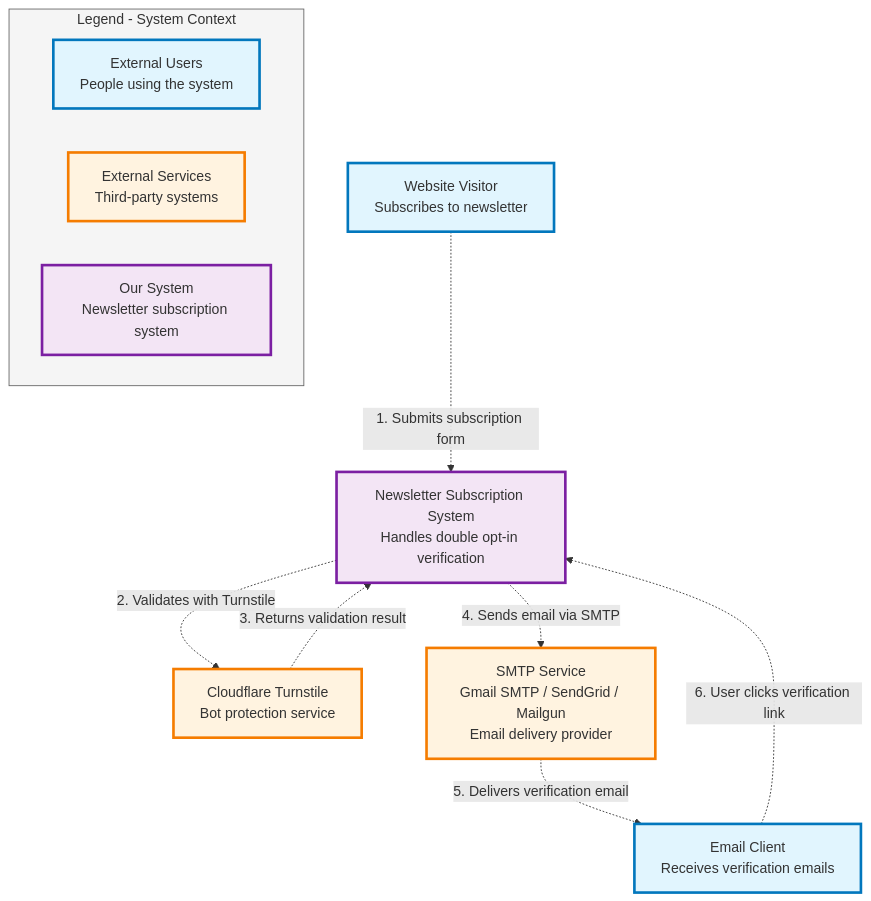
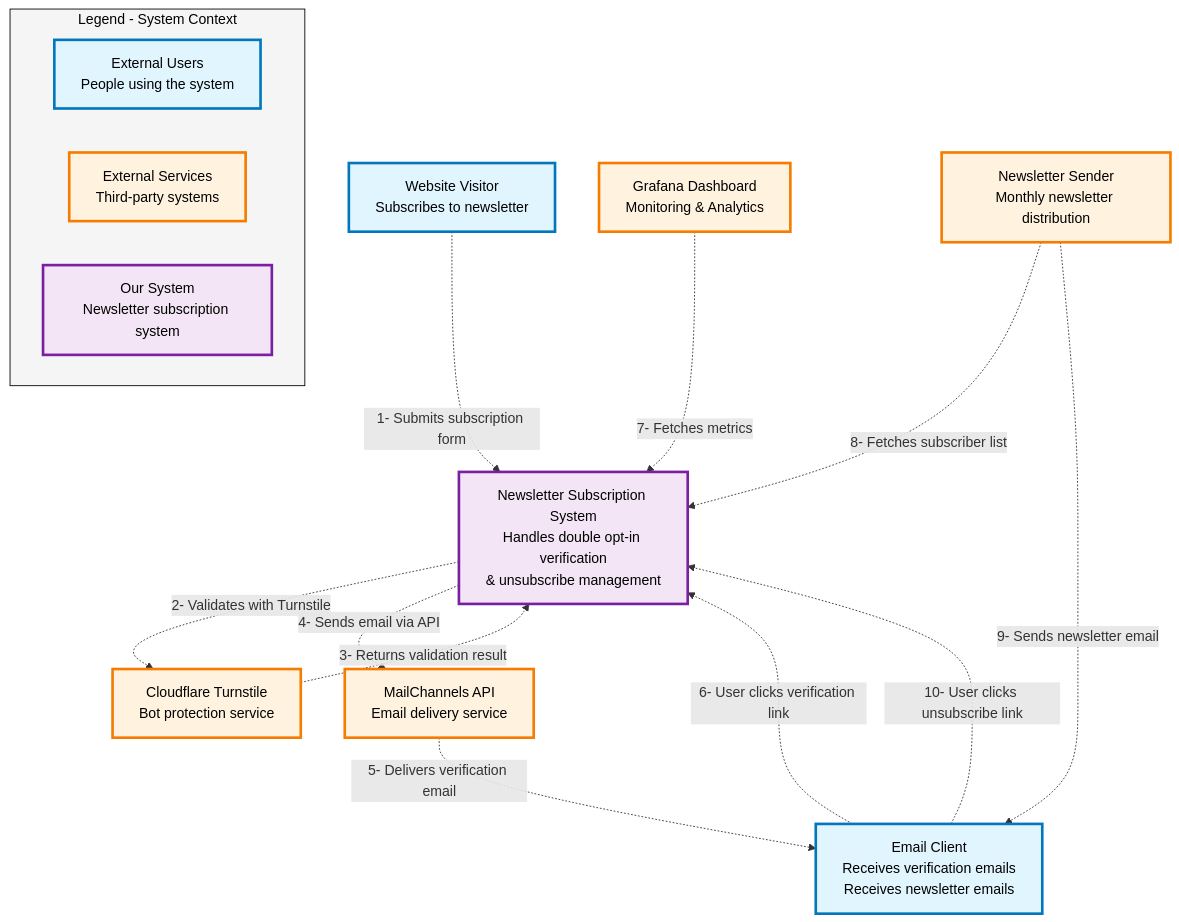
One commit to rnwolf/rnwolf-newsletter-backend-service changed the first of 4 diagrams in docs/newsletter_design_spec.md. Above: the diagram before and after it, drawn with Mermaid. The commit also changed other lines of this file and 4 other files, not shown here.

Commit message:
Update C4 diagrams

````diff
--- a/docs/newsletter_design_spec.md
+++ b/docs/newsletter_design_spec.md
@@ -33,40 +33,46 @@
 ```mermaid
 graph TB
     %% C4 Model - Level 1: System Context
     User["Website Visitor<br/>Subscribes to newsletter"]
-    EmailClient["Email Client<br/>Receives verification emails"]
+    EmailClient["Email Client<br/>Receives verification emails<br/>Receives newsletter emails"]
     CFTurnstile["Cloudflare Turnstile<br/>Bot protection service"]
-    SMTPService["SMTP Service<br/>Gmail SMTP / SendGrid / Mailgun<br/>Email delivery provider"]
-    NewsletterSystem["Newsletter Subscription System<br/>Handles double opt-in verification"]
+    MailChannels["MailChannels API<br/>Email delivery service"]
+    NewsletterSystem["Newsletter Subscription System<br/>Handles double opt-in verification<br/>& unsubscribe management"]
+    Grafana["Grafana Dashboard<br/>Monitoring & Analytics"]
+    NewsletterSender["Newsletter Sender<br/>Monthly newsletter distribution"]
 
     %% System Context relationships
-    User -.->|"1. Submits subscription form"| NewsletterSystem
-    NewsletterSystem -.->|"2. Validates with Turnstile"| CFTurnstile
-    CFTurnstile -.->|"3. Returns validation result"| NewsletterSystem
-    NewsletterSystem -.->|"4. Sends email via SMTP"| SMTPService
-    SMTPService -.->|"5. Delivers verification email"| EmailClient
-    EmailClient -.->|"6. User clicks verification link"| NewsletterSystem
+    User -.->|1- Submits subscription form| NewsletterSystem
+    NewsletterSystem -.->|2- Validates with Turnstile| CFTurnstile
+    CFTurnstile -.->|3- Returns validation result| NewsletterSystem
+    NewsletterSystem -.->|4- Sends email via API| MailChannels
+    MailChannels -.->|5- Delivers verification email| EmailClient
+    EmailClient -.->|6- User clicks verification link| NewsletterSystem
+    Grafana -.->|7- Fetches metrics| NewsletterSystem
+    NewsletterSender -.->|8- Fetches subscriber list| NewsletterSystem
+    NewsletterSender -.->|9- Sends newsletter email| EmailClient
+    EmailClient -.->|10- User clicks unsubscribe link| NewsletterSystem
 
     %% Legend
     subgraph Legend["Legend - System Context"]
         LegendUser["External Users<br/>People using the system"]
         LegendExternal["External Services<br/>Third-party systems"]
         LegendSystem["Our System<br/>Newsletter subscription system"]
     end
 
     %% Styling
-    classDef userFlow fill:#e1f5fe,stroke:#0277bd,stroke-width:3px
-    classDef externalFlow fill:#fff3e0,stroke:#f57c00,stroke-width:3px
-    classDef systemFlow fill:#f3e5f5,stroke:#7b1fa2,stroke-width:3px
-    classDef legendBox fill:#f5f5f5,stroke:#666,stroke-width:1px
+    classDef userFlow fill:#e1f5fe,stroke:#0277bd,stroke-width:3px,color:#000
+    classDef externalFlow fill:#fff3e0,stroke:#f57c00,stroke-width:3px,color:#000
+    classDef systemFlow fill:#f3e5f5,stroke:#7b1fa2,stroke-width:3px,color:#000
+    classDef legendBox fill:#f5f5f5,stroke:#000,stroke-width:1px,color:#000
 
     class User,EmailClient userFlow
-    class CFTurnstile,SMTPService externalFlow
+    class CFTurnstile,MailChannels,Grafana,NewsletterSender externalFlow
     class NewsletterSystem systemFlow
     class Legend,LegendUser,LegendExternal,LegendSystem legendBox
 
     %% Apply legend colors
     class LegendUser userFlow
     class LegendExternal externalFlow
     class LegendSystem systemFlow
 ```
````
